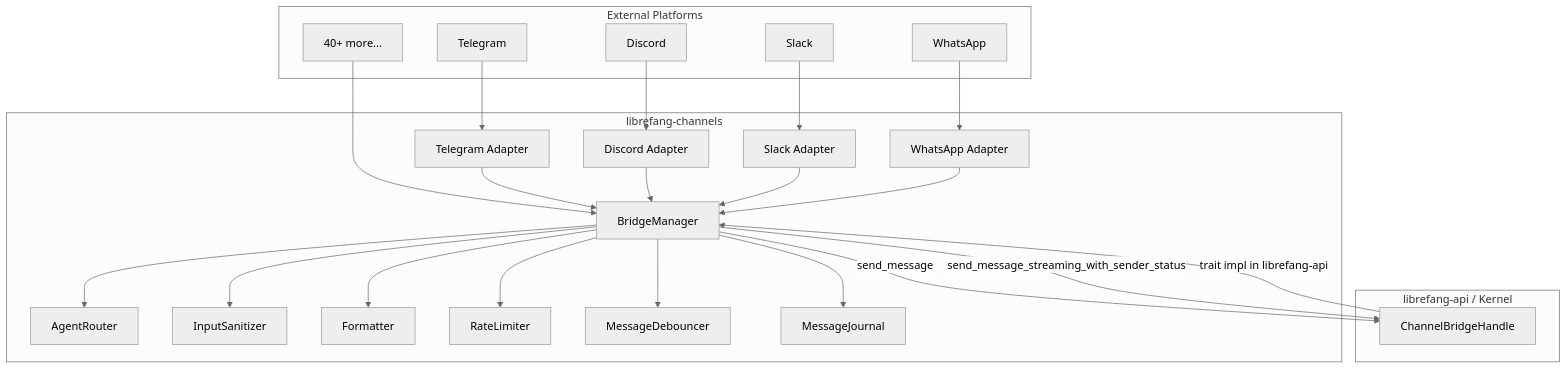
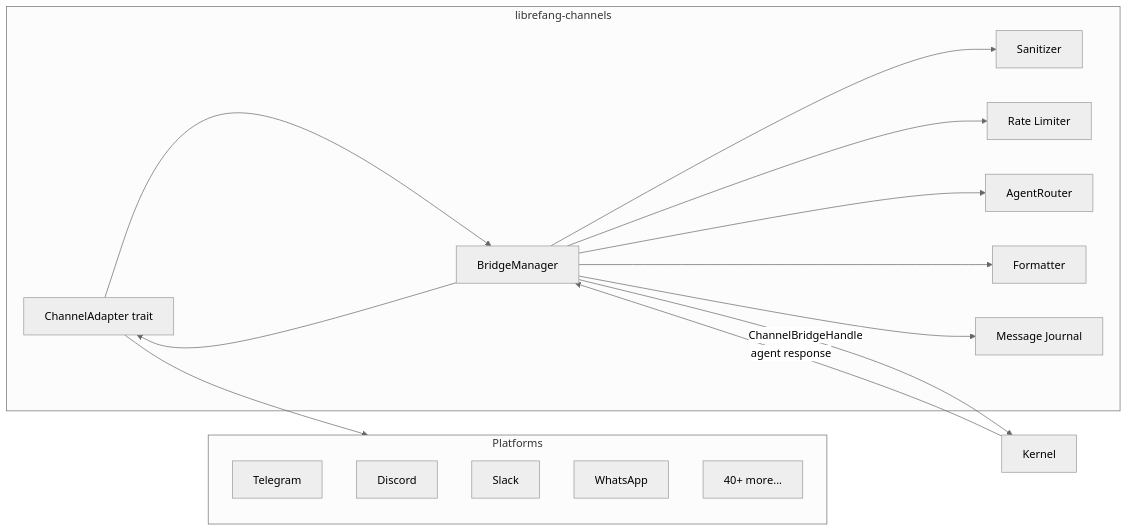
The diagram in channel-integrations.md (leszek3737/librefang-WIki), drawn with Mermaid (neutral theme) before and after one commit. The commit also changed other lines of this file and 120 other files, not shown here.

````diff
--- a/channel-integrations.md
+++ b/channel-integrations.md
@@ -13,51 +9,24 @@
 ```mermaid
-graph TD
-    subgraph "External Platforms"
+graph LR
+    subgraph Platforms
         TG[Telegram]
         DC[Discord]
         SL[Slack]
         WA[WhatsApp]
-        MORE["40+ more..."]
+        O[40+ more...]
     end
 
-    subgraph "librefang-channels"
-        A1["Telegram Adapter"]
-        A2["Discord Adapter"]
-        A3["Slack Adapter"]
-        A4["WhatsApp Adapter"]
-
-        BM[BridgeManager]
-        RL[AgentRouter]
-        SAN[InputSanitizer]
-        FMT[Formatter]
-        RL2[RateLimiter]
-        DB[MessageDebouncer]
-        JNL[MessageJournal]
+    subgraph librefang-channels
+        CA[ChannelAdapter trait] --> BM[BridgeManager]
+        BM --> SJ[Sanitizer]
+        BM --> RL[Rate Limiter]
+        BM --> AR[AgentRouter]
+        BM --> FM[Formatter]
+        BM --> JN[Message Journal]
     end
 
-    subgraph "librefang-api / Kernel"
-        CBH[ChannelBridgeHandle]
-    end
-
-    TG --> A1
-    DC --> A2
-    SL --> A3
-    WA --> A4
-    MORE --> BM
-
-    A1 --> BM
-    A2 --> BM
-    A3 --> BM
-    A4 --> BM
-
-    BM --> SAN
-    BM --> RL
-    BM --> RL2
-    BM --> DB
-    BM --> JNL
-    BM --> FMT
-
-    BM -->|send_message| CBH
-    BM -->|send_message_streaming_with_sender_status| CBH
-    CBH -->|trait impl in librefang-api| BM
+    BM -->|ChannelBridgeHandle| K[Kernel]
+    K -->|agent response| BM
+    BM --> CA
+    CA --> Platforms
 ```
````
